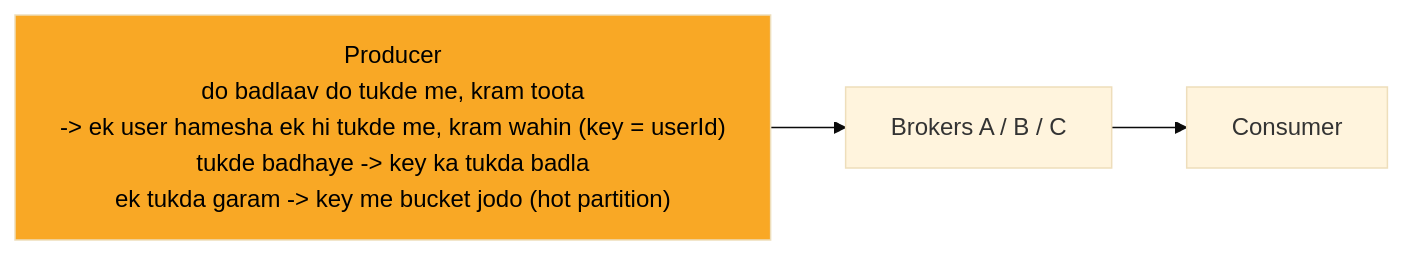
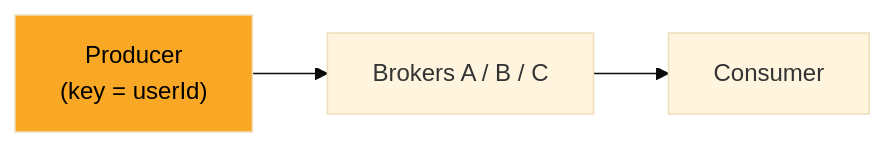
One commit to ArpanMaheshwari144/Prep changed the diagram in 04_HLD/SYSTEM_DESIGNS/12_message_queue_kafka/img/c3.mmd. Above: the diagram before and after it, drawn with Mermaid (base theme). The commit also changed 144 other files, not shown here.

```diff
--- a/04_HLD/SYSTEM_DESIGNS/12_message_queue_kafka/img/c3.mmd
+++ b/04_HLD/SYSTEM_DESIGNS/12_message_queue_kafka/img/c3.mmd
@@ -1,8 +1,8 @@
 %%{init: {"flowchart": {"wrappingWidth": 450}}}%%
 flowchart LR
-    n_P["Producer<br/>do badlaav do tukde me, kram toota<br/>-> ek user hamesha ek hi tukde me, kram wahin (key = userId)<br/>tukde badhaye -> key ka tukda badla<br/>ek tukda garam -> key me bucket jodo (hot partition)"]
+    n_P["Producer<br/>(key = userId)"]
     n_B["Brokers A / B / C"]
     n_C["Consumer"]
     n_P --> n_B
     n_B --> n_C
     style n_P fill:#f9a825,color:#000
```
